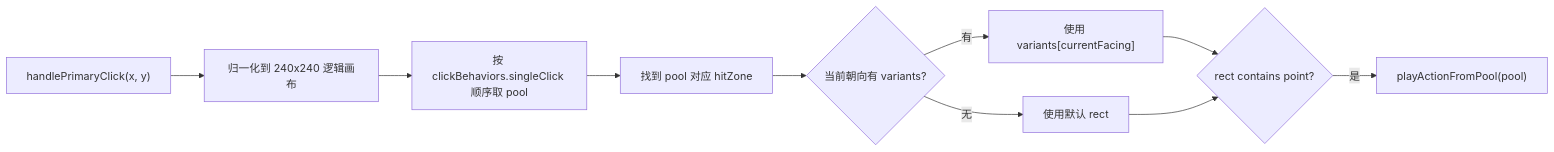
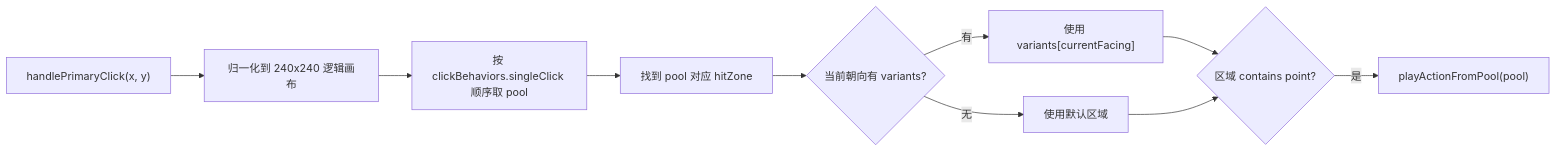
One commit to tiantian180/MilesEdgeworth changed diagram 14 of 15 in docs/v2/设计方案/皮肤包播放行为设计.md. Above: the diagram before and after it, drawn with Mermaid. The commit also changed other lines of this file and 7 other files, not shown here.

````diff
--- a/docs/v2/设计方案/皮肤包播放行为设计.md
+++ b/docs/v2/设计方案/皮肤包播放行为设计.md
@@ -1511,17 +1511,17 @@
 ```mermaid
 flowchart LR
     CLICK["handlePrimaryClick(x, y)"]
     NORM["归一化到 240x240 逻辑画布"]
     POOL["按 clickBehaviors.singleClick 顺序取 pool"]
     ZONE["找到 pool 对应 hitZone"]
     FACING{"当前朝向有 variants?"}
     RECT1["使用 variants[currentFacing]"]
-    RECT2["使用默认 rect"]
-    MATCH{"rect contains point?"}
+    RECT2["使用默认区域"]
+    MATCH{"区域 contains point?"}
     ACTION["playActionFromPool(pool)"]
 
     CLICK --> NORM --> POOL --> ZONE --> FACING
     FACING -- 有 --> RECT1 --> MATCH
     FACING -- 无 --> RECT2 --> MATCH
     MATCH -- 是 --> ACTION
 ```
````
